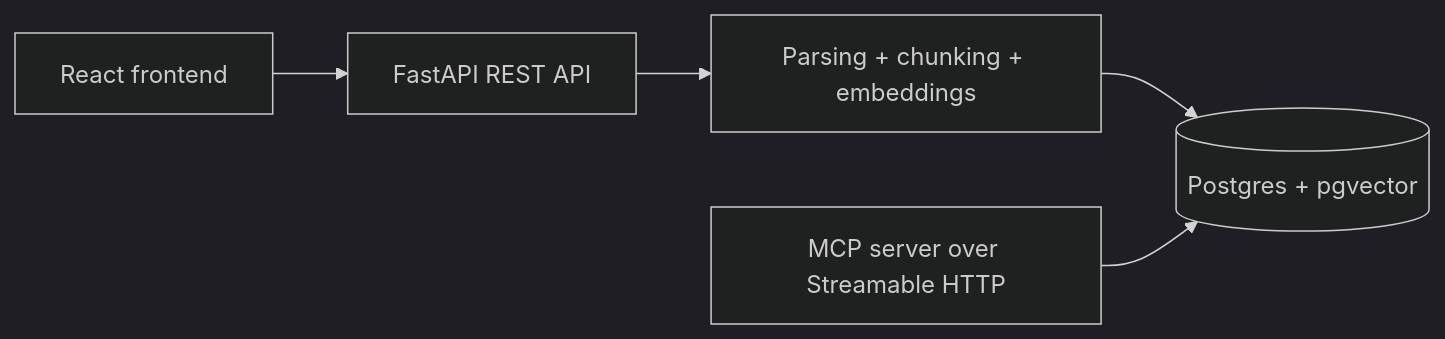
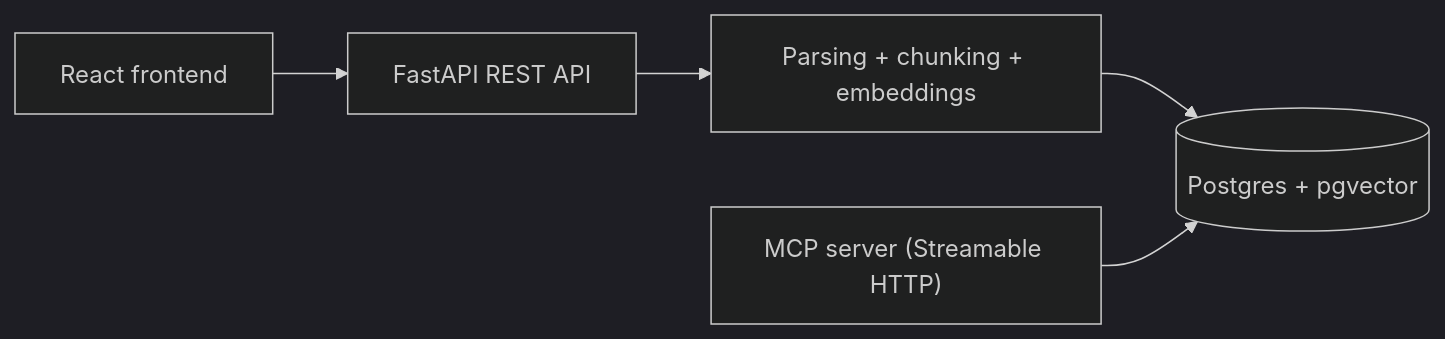
Before and after one commit to ad-calvanese-strinati/indigo-assignment: the diagram in README.md, drawn with Mermaid (dark theme). The commit also changed other lines of this file, not shown here.

````diff
--- a/README.md
+++ b/README.md
@@ -14,7 +16,7 @@
 ```mermaid
 flowchart LR
     UI["React frontend"] --> API["FastAPI REST API"]
     API --> INGEST["Parsing + chunking + embeddings"]
     INGEST --> DB[("Postgres + pgvector")]
-    MCP["MCP server over Streamable HTTP"] --> DB
+    MCP["MCP server (Streamable HTTP)"] --> DB
 ```
````
